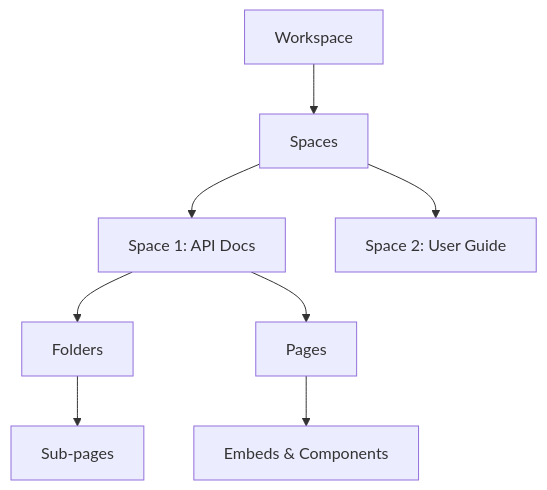
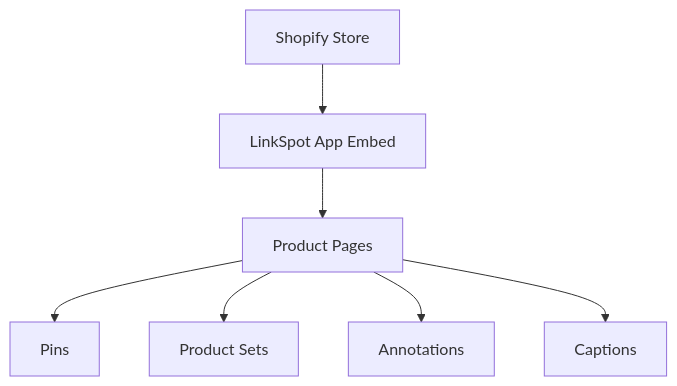
Before and after one commit to hogash/documentationai-Docs: the diagram in introduction.mdx, drawn with Mermaid. The commit also changed other lines of this file and 14 other files, not shown here.

````diff
--- a/introduction.mdx
+++ b/introduction.mdx
@@ -127,10 +102,9 @@
 ```mermaid
 graph TD
-    A[Workspace] --> B[Spaces]
-    B --> C[Space 1: API Docs]
-    B --> D[Space 2: User Guide]
-    C --> E[Folders]
-    C --> F[Pages]
-    E --> G[Sub-pages]
-    F --> H[Embeds & Components]
+    ShopifyStore[Shopify Store] --> ThemeExtension[LinkSpot App Embed]
+    ThemeExtension --> ProductPages[Product Pages]
+    ProductPages --> Pins[Pins]
+    ProductPages --> ProductSets[Product Sets]
+    ProductPages --> Annotations[Annotations]
+    ProductPages --> Captions[Captions]
 ```
````
